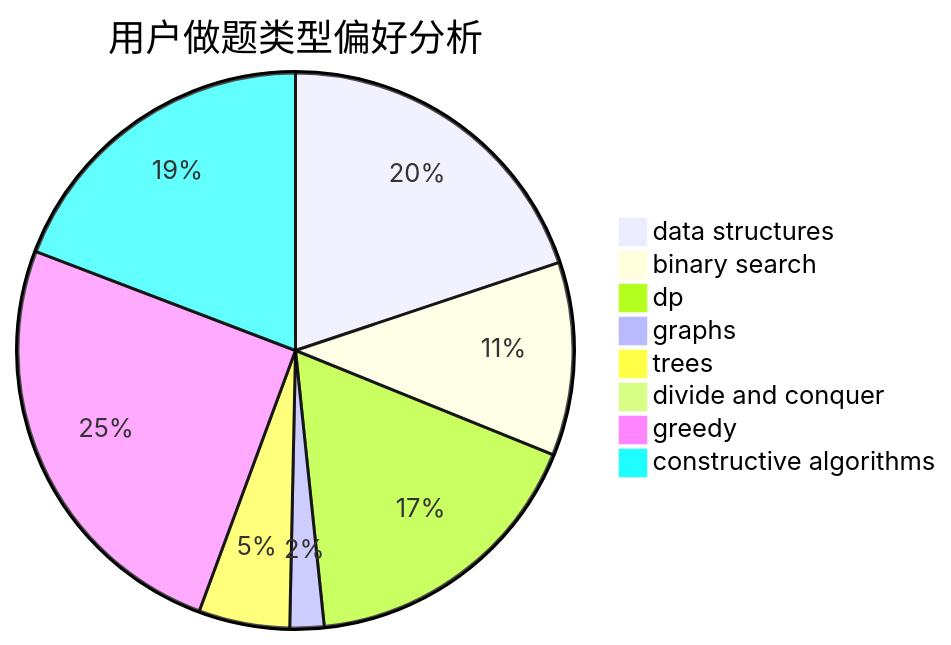
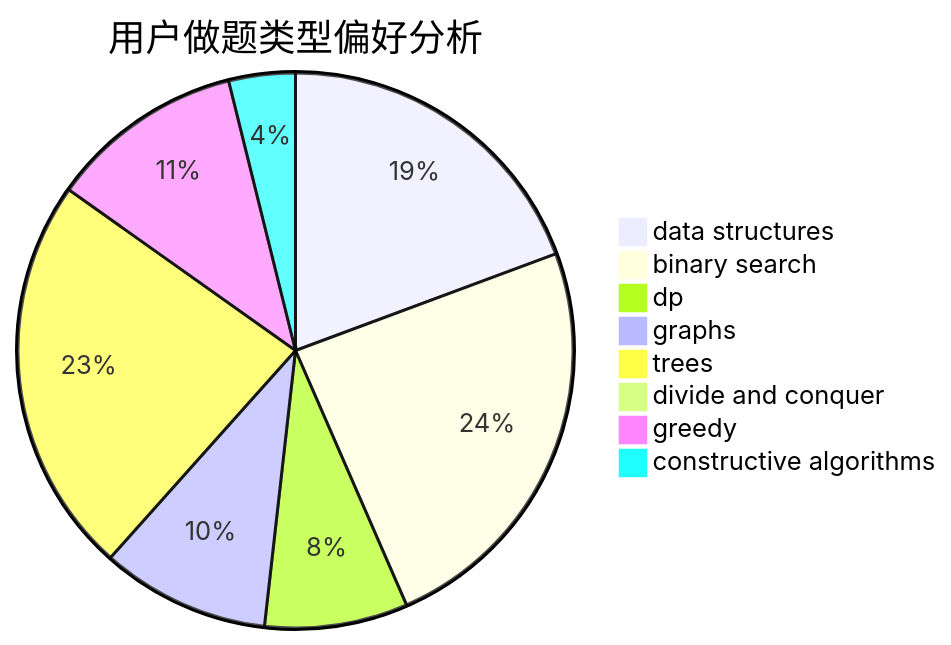
One commit to sherpahu/cfrs.github.io changed the second of 3 diagrams in docs/user/u1233.md. Above: the diagram before and after it, drawn with Mermaid. The commit also changed other lines of this file and 2770 other files, not shown here.

````diff
--- a/docs/user/u1233.md
+++ b/docs/user/u1233.md
@@ -23,11 +23,11 @@
 ```mermaid
 pie title 用户做题类型偏好分析
-    "data structures" :  30
-    "binary search" :  17
-    "dp" :  26
-    "graphs" :  3
-    "trees" :  8
-    "divide and conquer" :  0
+    "data structures" :  65
+    "binary search" :  81
+    "dp" :  28
+    "graphs" :  33
+    "trees" :  78
+    "divide and conquer" :  2
     "greedy" :  38
-    "constructive algorithms" :  29
+    "constructive algorithms" :  13
 ```
````
